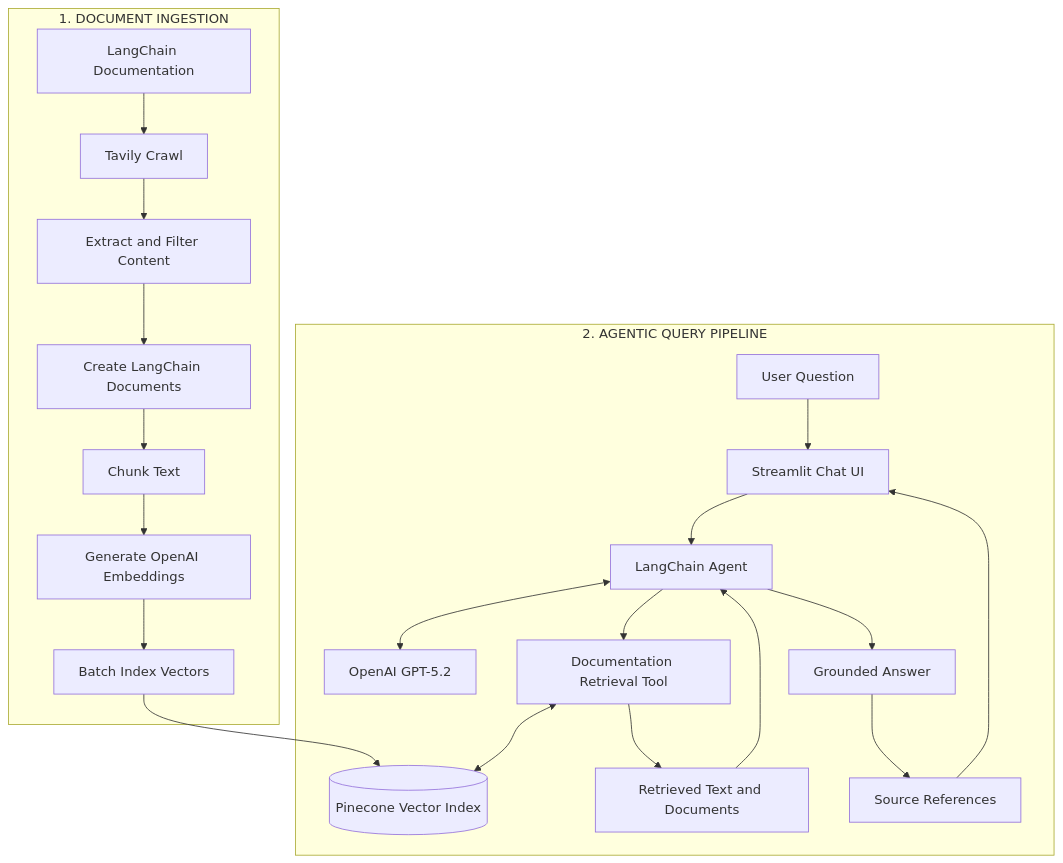
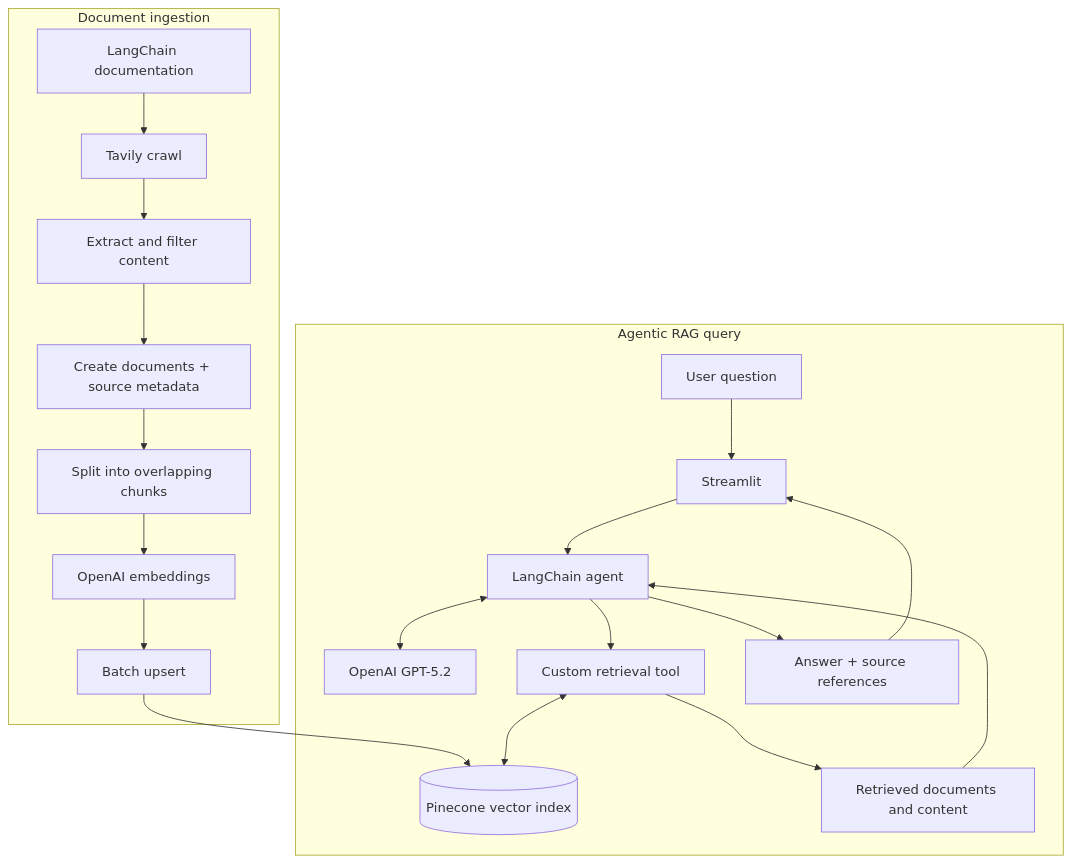
The diagram in README.md (MuhammadMudassirRaza12345/LangChain-Navigator), drawn with Mermaid before and after one commit. The commit also changed other lines of this file, not shown here.

Commit message:
Improve README with RAG architecture and engineering details

````diff
--- a/README.md
+++ b/README.md
@@ -256,26 +37,23 @@
 ```mermaid
 flowchart TB
-    subgraph ING["1. DOCUMENT INGESTION"]
-        A["LangChain Documentation"] --> B["Tavily Crawl"]
-        B --> C["Extract and Filter Content"]
-        C --> D["Create LangChain Documents"]
-        D --> E["Chunk Text"]
-        E --> F["Generate OpenAI Embeddings"]
-        F --> G["Batch Index Vectors"]
+    subgraph ING["Document ingestion"]
+        A["LangChain documentation"] --> B["Tavily crawl"]
+        B --> C["Extract and filter content"]
+        C --> D["Create documents + source metadata"]
+        D --> E["Split into overlapping chunks"]
+        E --> F["OpenAI embeddings"]
+        F --> G["Batch upsert"]
     end
-
-    G --> DB[("Pinecone Vector Index")]
-
-    subgraph QUERY["2. AGENTIC QUERY PIPELINE"]
-        U["User Question"] --> UI["Streamlit Chat UI"]
-        UI --> AG["LangChain Agent"]
+    G --> DB[("Pinecone vector index")]
+    subgraph Q["Agentic RAG query"]
+        U["User question"] --> UI["Streamlit"]
+        UI --> AG["LangChain agent"]
         AG <--> LLM["OpenAI GPT-5.2"]
-        AG --> TOOL["Documentation Retrieval Tool"]
-        TOOL <--> DB
-        TOOL --> CTX["Retrieved Text and Documents"]
+        AG --> T["Custom retrieval tool"]
+        T <--> DB
+        T --> CTX["Retrieved documents and content"]
         CTX --> AG
-        AG --> ANS["Grounded Answer"]
-        ANS --> SRC["Source References"]
-        SRC --> UI
+        AG --> ANS["Answer + source references"]
+        ANS --> UI
     end
 ```
````
